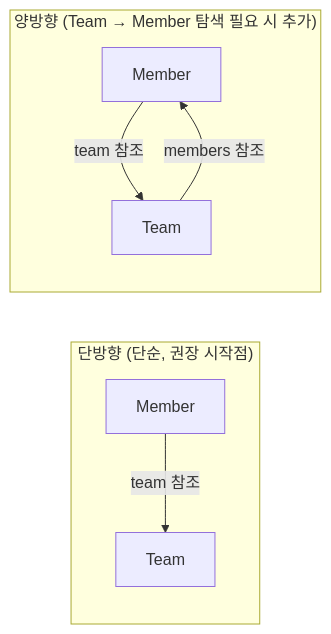
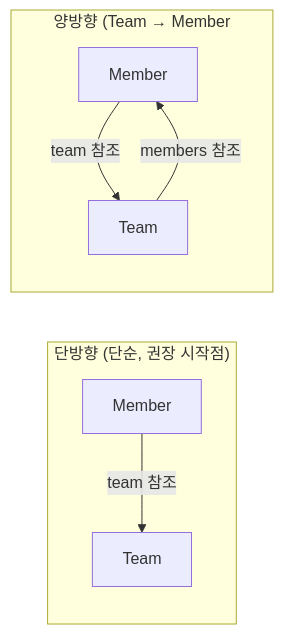
Before and after one commit to yjkim2015/yjkim2015.github.io: the eighth of 10 diagrams in _posts/jpa/2026-05-01-jpa-fundamentals.md, drawn with Mermaid. The commit also changed other lines of this file and 271 other files, not shown here.

First line of the commit message:
Mermaid 라벨 축소: 긴 노드 텍스트 18자 이하로 트림 + \n 제거

````diff
--- a/_posts/jpa/2026-05-01-jpa-fundamentals.md
+++ b/_posts/jpa/2026-05-01-jpa-fundamentals.md
@@ -411,10 +411,10 @@
 ```mermaid
 graph LR
     subgraph UNI["단방향 (단순, 권장 시작점)"]
         M1["Member"] -->|"team 참조"| T1["Team"]
     end
-    subgraph BI["양방향 (Team → Member 탐색 필요 시 추가)"]
+    subgraph BI["양방향 (Team → Member"]
         M2["Member"] -->|"team 참조"| T2["Team"]
         T2 -->|"members 참조"| M2
     end
 ```
````
